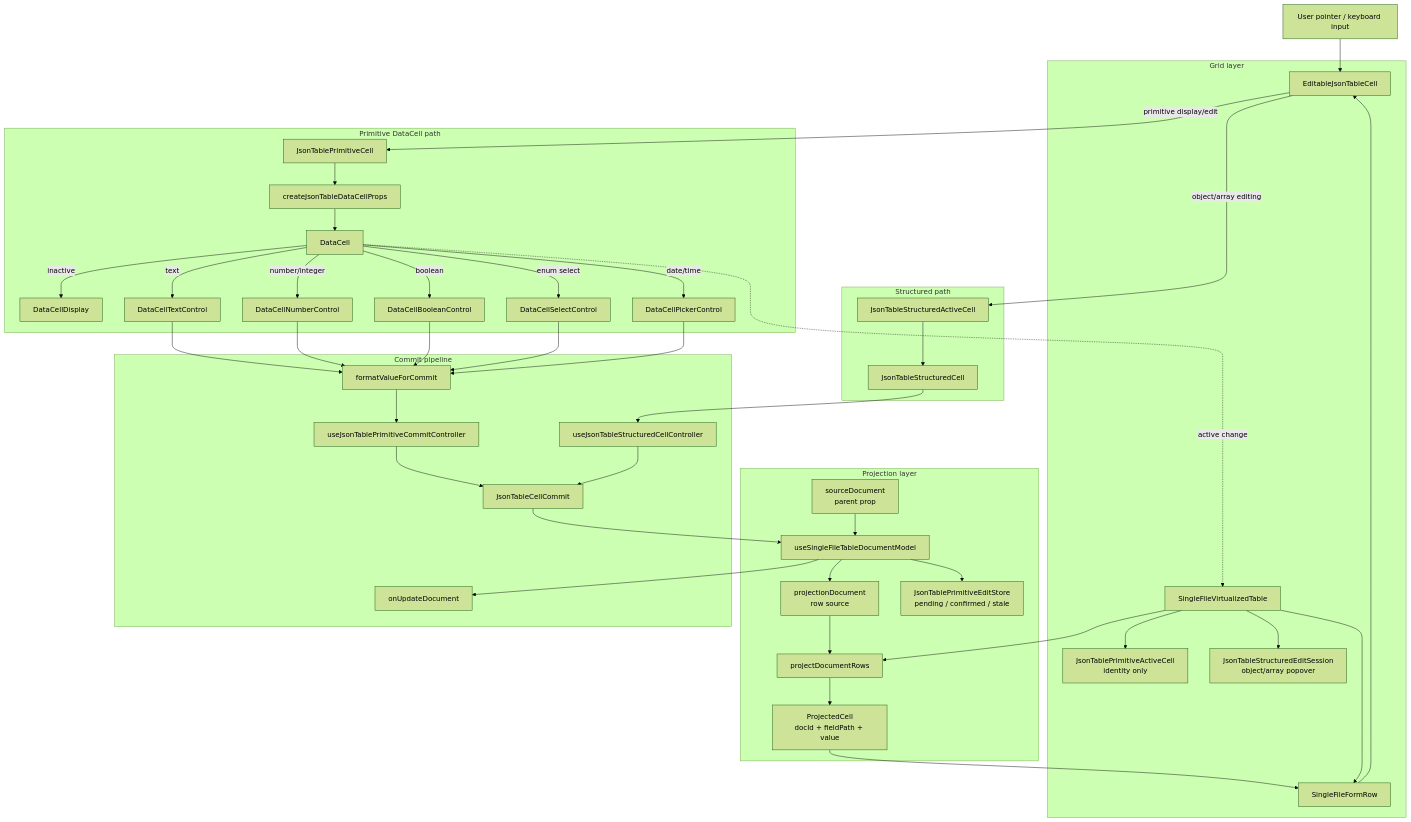
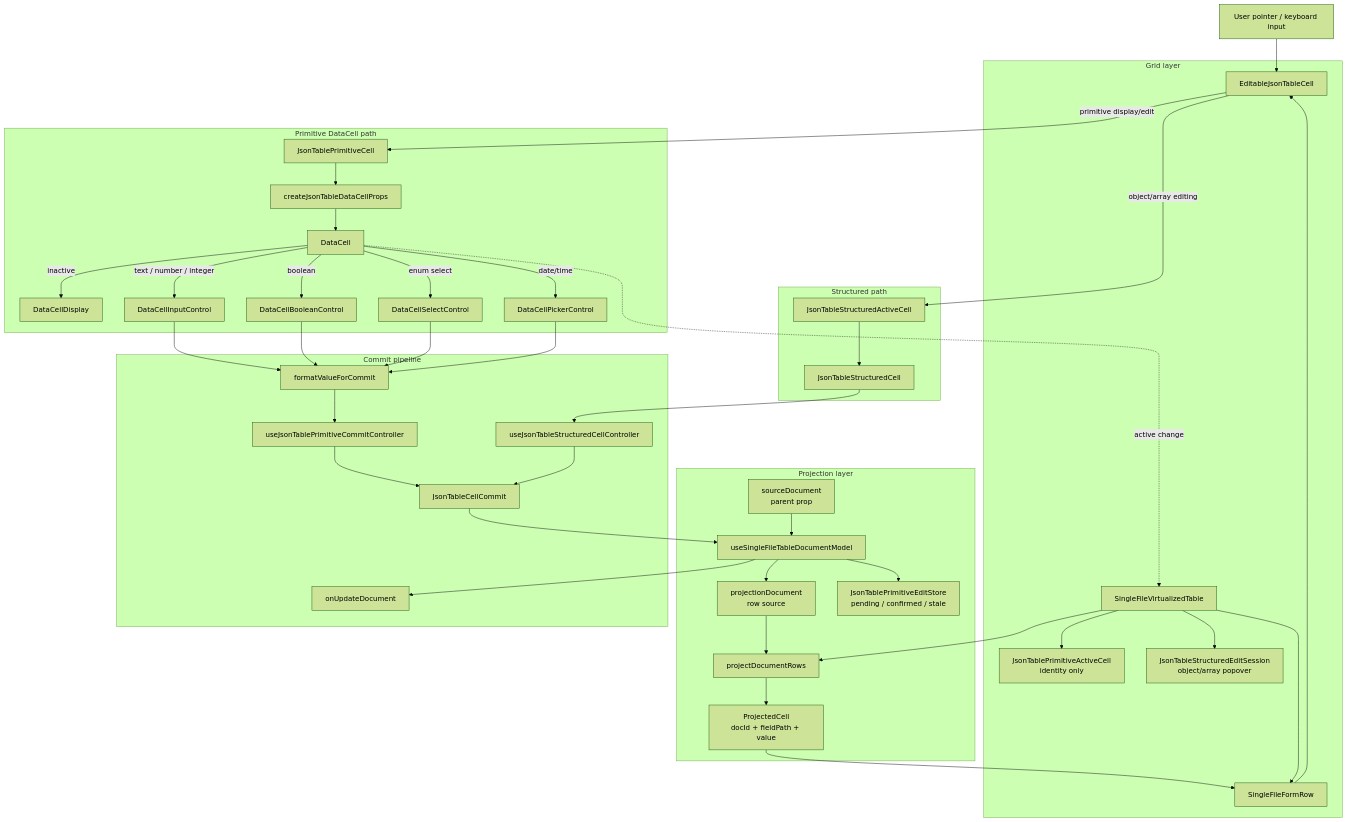
One commit to retab-dev/retab-ui changed the first of 4 diagrams in components/json-table/ARCHITECTURE_DIAGRAM.md. Above: the diagram before and after it, drawn with Mermaid (forest theme). The commit also changed 351 other files, not shown here.

````diff
--- a/components/json-table/ARCHITECTURE_DIAGRAM.md
+++ b/components/json-table/ARCHITECTURE_DIAGRAM.md
@@ -5,75 +5,72 @@
 ```mermaid
 flowchart TD
   User["User pointer / keyboard input"]
 
   subgraph Projection["Projection layer"]
     SourceDocument["sourceDocument<br/>parent prop"]
     DocumentModel["useSingleFileTableDocumentModel"]
     ProjectionDocument["projectionDocument<br/>row source"]
     PrimitiveEditStore["JsonTablePrimitiveEditStore<br/>pending / confirmed / stale"]
     ProjectRows["projectDocumentRows"]
     ProjectedCell["ProjectedCell<br/>docId + fieldPath + value"]
   end
 
   subgraph Grid["Grid layer"]
     VirtualTable["SingleFileVirtualizedTable"]
     PrimitiveActive["JsonTablePrimitiveActiveCell<br/>identity only"]
     StructuredSession["JsonTableStructuredEditSession<br/>object/array popover"]
     Row["SingleFileFormRow"]
     Cell["EditableJsonTableCell"]
   end
 
   subgraph Primitive["Primitive DataCell path"]
     PrimitiveAdapter["JsonTablePrimitiveCell"]
     PropsAdapter["createJsonTableDataCellProps"]
     DataCell["DataCell"]
     Display["DataCellDisplay"]
-    Text["DataCellTextControl"]
-    Number["DataCellNumberControl"]
+    Input["DataCellInputControl"]
     Boolean["DataCellBooleanControl"]
     Select["DataCellSelectControl"]
     Picker["DataCellPickerControl"]
   end
 
   subgraph Structured["Structured path"]
     ActiveStructured["JsonTableStructuredActiveCell"]
     StructuredCell["JsonTableStructuredCell"]
   end
 
   subgraph Commit["Commit pipeline"]
     Normalize["formatValueForCommit"]
     PrimitiveController["useJsonTablePrimitiveCommitController"]
     StructuredController["useJsonTableStructuredCellController"]
     CellCommit["JsonTableCellCommit"]
     Patch["onUpdateDocument"]
   end
 
   User --> Cell
   SourceDocument --> DocumentModel --> ProjectionDocument --> ProjectRows
   DocumentModel --> PrimitiveEditStore
   ProjectRows --> ProjectedCell --> Row
   VirtualTable --> ProjectRows
   VirtualTable --> PrimitiveActive
   VirtualTable --> StructuredSession
   VirtualTable --> Row --> Cell
 
   Cell -->|primitive display/edit| PrimitiveAdapter --> PropsAdapter --> DataCell
   DataCell -. "active change" .-> VirtualTable
   DataCell -->|inactive| Display
-  DataCell -->|text| Text
-  DataCell -->|number/integer| Number
+  DataCell -->|text / number / integer| Input
   DataCell -->|boolean| Boolean
   DataCell -->|enum select| Select
   DataCell -->|date/time| Picker
 
   Cell -->|object/array editing| ActiveStructured --> StructuredCell
 
-  Text --> Normalize
-  Number --> Normalize
+  Input --> Normalize
   Boolean --> Normalize
   Select --> Normalize
   Picker --> Normalize
   Normalize --> PrimitiveController --> CellCommit
   StructuredCell --> StructuredController --> CellCommit
   CellCommit --> DocumentModel --> Patch
 ```
````
